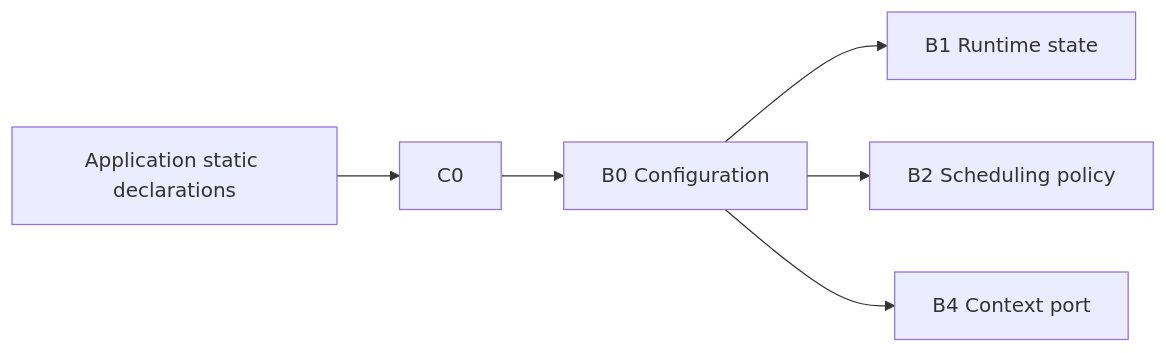
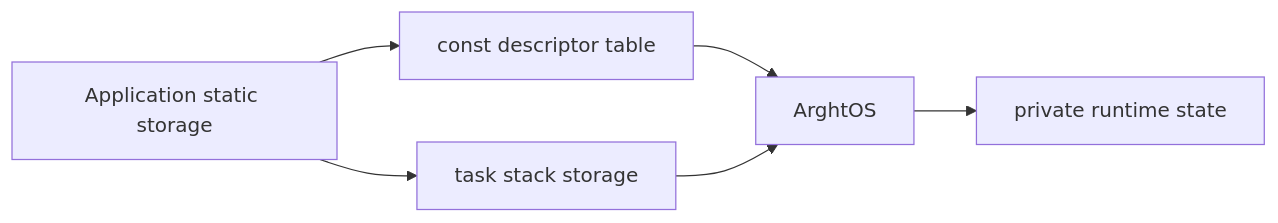
The diagram in architecture/contracts/C0-static-task-configuration.md (tumblewhead/arghtos), drawn with Mermaid before and after one commit. The commit also changed other lines of this file, not shown here.

Commit message:
Make static task configuration contract concrete

````diff
--- a/architecture/contracts/C0-static-task-configuration.md
+++ b/architecture/contracts/C0-static-task-configuration.md
@@ -40,8 +124,8 @@
 ```mermaid
 flowchart LR
-  APP["Application static declarations"] --> C0["C0"]
-  C0 --> CFG["B0 Configuration"]
-  CFG --> STATE["B1 Runtime state"]
-  CFG --> POLICY["B2 Scheduling policy"]
-  CFG --> CTX["B4 Context port"]
+  APP["Application static storage"] --> DESC["const descriptor table"]
+  APP --> STACK["task stack storage"]
+  DESC --> K["ArghtOS"]
+  STACK --> K
+  K --> STATE["private runtime state"]
 ```
````
